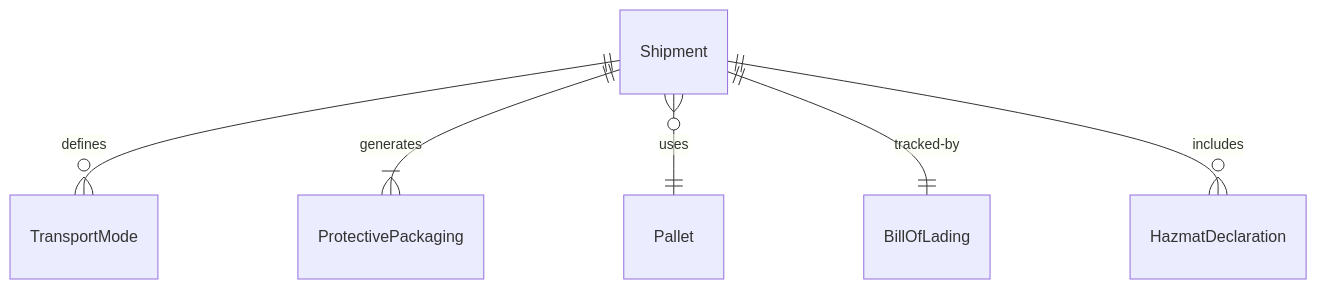
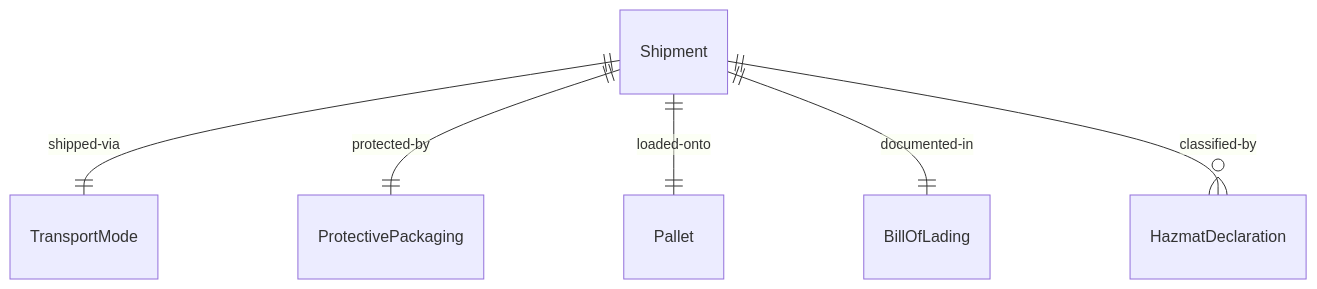
One commit to dot-org-ai/tasks.org.ai changed the first of 4 diagrams in HandlingAndMovingObjects/PackageObjects/PackageMaterialsTransport.mdx. Above: the diagram before and after it, drawn with Mermaid. The commit also changed other lines of this file and 515 other files, not shown here.

````diff
--- a/HandlingAndMovingObjects/PackageObjects/PackageMaterialsTransport.mdx
+++ b/HandlingAndMovingObjects/PackageObjects/PackageMaterialsTransport.mdx
@@ -89,8 +89,8 @@
 ```mermaid
 erDiagram
-    Shipment ||--o{ TransportMode : "defines"
-    Shipment ||--|{ ProtectivePackaging : "generates"
-    Shipment }o--|| Pallet : "uses"
-    Shipment ||--|| BillOfLading : "tracked-by"
-    Shipment ||--o{ HazmatDeclaration : "includes"
+    Shipment ||--|| TransportMode : "shipped-via"
+    Shipment ||--|| ProtectivePackaging : "protected-by"
+    Shipment ||--|| Pallet : "loaded-onto"
+    Shipment ||--|| BillOfLading : "documented-in"
+    Shipment ||--o{ HazmatDeclaration : "classified-by"
 ```
````
